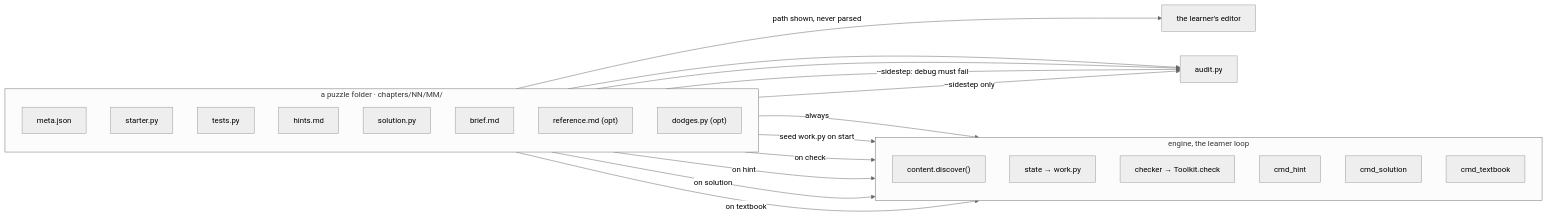
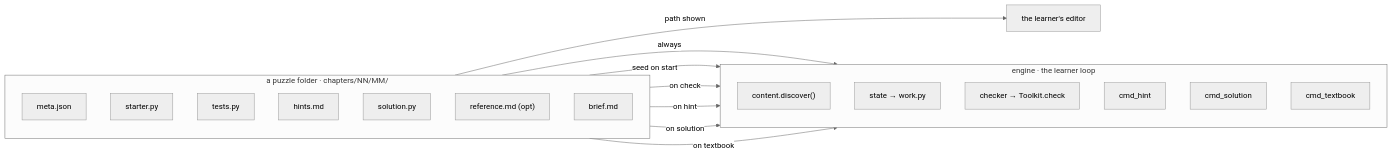
One commit to N041M/PyQuest changed the ninth of 11 diagrams in docs/architecture/README.md. Above: the diagram before and after it, drawn with Mermaid (neutral theme). The commit also changed other lines of this file, not shown here.

Commit message:
Declutter the puzzle-files diagram: drop the audit fan into prose

````diff
--- a/docs/architecture/README.md
+++ b/docs/architecture/README.md
@@ -366,39 +366,30 @@
 ```mermaid
 flowchart LR
     subgraph puzzle["a puzzle folder · chapters/NN/MM/"]
         direction TB
         meta["meta.json"]
         starter["starter.py"]
         tests["tests.py"]
         hints["hints.md"]
         solution["solution.py"]
+        reference["reference.md (opt)"]
         brief["brief.md"]
-        reference["reference.md (opt)"]
-        dodges["dodges.py (opt)"]
     end
-
-    subgraph loop["engine, the learner loop"]
+    subgraph loop["engine · the learner loop"]
         direction TB
         discover["content.discover()"]
         ws["state → work.py"]
         check["checker → Toolkit.check"]
         hint["cmd_hint"]
         sol["cmd_solution"]
         book["cmd_textbook"]
     end
-
     editor["the learner's editor"]
-    audit["audit.py"]
-
     meta -->|always| discover
-    starter -->|"seed work.py on start"| ws
+    starter -->|seed on start| ws
     tests -->|on check| check
     hints -->|on hint| hint
     solution -->|on solution| sol
     reference -->|on textbook| book
-    brief -->|"path shown, never parsed"| editor
-    tests --> audit
-    solution --> audit
-    starter -->|"--sidestep: debug must fail"| audit
-    dodges -->|"--sidestep only"| audit
+    brief -->|path shown| editor
 ```
````
